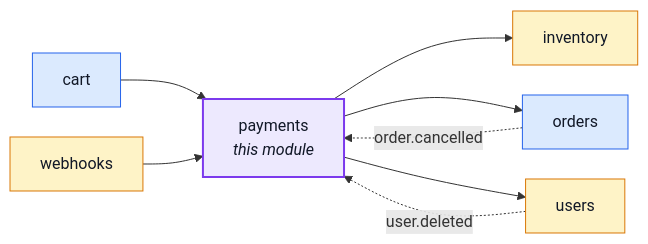
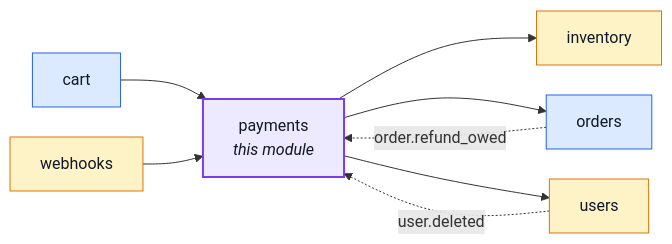
One commit to Guebbit/boilerplate-node-backend changed the first of 6 diagrams in docs/modules/payments.md. Above: the diagram before and after it, drawn with Mermaid. The commit also changed other lines of this file and 12 other files, not shown here.

First line of the commit message:
fix(orders): retry the owed refund, not the cancellation

````diff
--- a/docs/modules/payments.md
+++ b/docs/modules/payments.md
@@ -16,26 +16,26 @@
 ```mermaid
 %%{init: {'flowchart': {'nodeSpacing': 30, 'rankSpacing': 60}}}%%
 flowchart LR
     payments["payments<br/><i>this module</i>"]
     cart["cart"]
     inventory["inventory"]
     orders["orders"]
     users["users"]
     webhooks["webhooks"]
 
     cart --> payments
     webhooks --> payments
     payments --> inventory
     payments --> orders
     payments --> users
-    orders -. "order.cancelled" .-> payments
+    orders -. "order.refund_owed" .-> payments
     users -. "user.deleted" .-> payments
 
     classDef core fill:#dbeafe,stroke:#2563eb,color:#111827;
     classDef supporting fill:#fef3c7,stroke:#d97706,color:#111827;
     classDef generic fill:#dcfce7,stroke:#16a34a,color:#111827;
     classDef centre fill:#ede9fe,stroke:#7c3aed,stroke-width:2px,color:#111827;
     class cart,orders core;
     class inventory,users,webhooks supporting;
     class payments centre;
 ```
````
